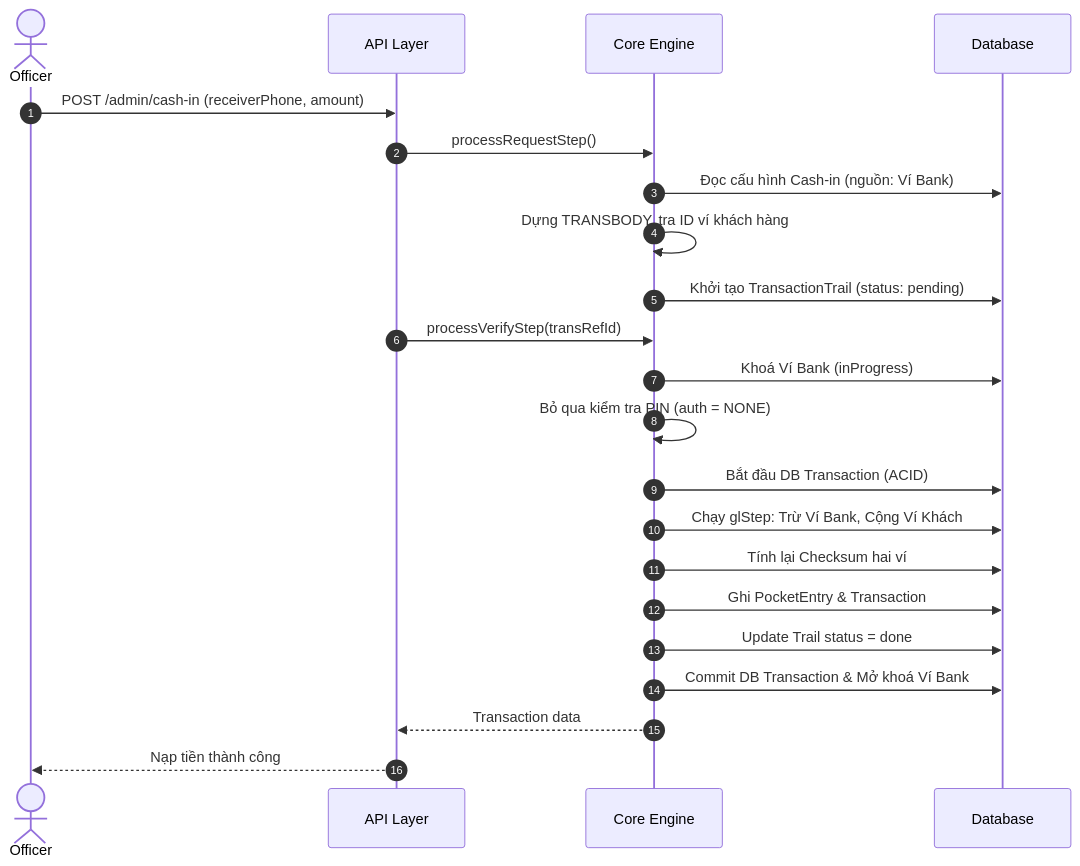
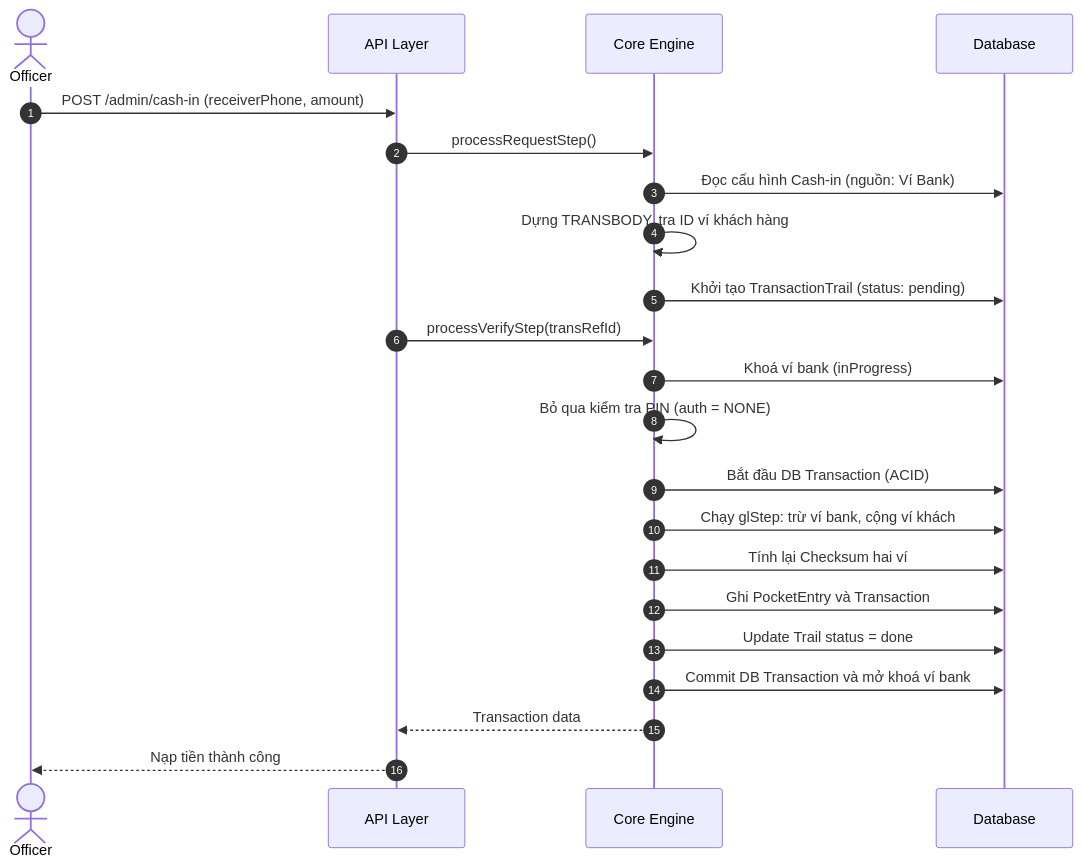
Before and after one commit to DLdevcoder/MINI-WALLET: the second of 3 diagrams in docs/mini-mini-wallet/mini-wallet.md, drawn with Mermaid. The commit also changed other lines of this file and 2 other files, not shown here.

````diff
--- a/docs/mini-mini-wallet/mini-wallet.md
+++ b/docs/mini-mini-wallet/mini-wallet.md
@@ -76,29 +76,29 @@
 ```mermaid
 sequenceDiagram
     autonumber
     actor O as Officer
     participant A as API Layer
     participant E as Core Engine
     participant D as Database
 
     O->>A: POST /admin/cash-in (receiverPhone, amount)
 
     %% REQUEST
     A->>E: processRequestStep()
     E->>D: Đọc cấu hình Cash-in (nguồn: Ví Bank)
     E->>E: Dựng TRANSBODY, tra ID ví khách hàng
     E->>D: Khởi tạo TransactionTrail (status: pending)
 
     %% VERIFY (BỎ QUA CONFIRM)
     A->>E: processVerifyStep(transRefId)
-    E->>D: Khoá Ví Bank (inProgress)
+    E->>D: Khoá ví bank (inProgress)
     E->>E: Bỏ qua kiểm tra PIN (auth = NONE)
     E->>D: Bắt đầu DB Transaction (ACID)
-    E->>D: Chạy glStep: Trừ Ví Bank, Cộng Ví Khách
+    E->>D: Chạy glStep: trừ ví bank, cộng ví khách
     E->>D: Tính lại Checksum hai ví
-    E->>D: Ghi PocketEntry & Transaction
+    E->>D: Ghi PocketEntry và Transaction
     E->>D: Update Trail status = done
-    E->>D: Commit DB Transaction & Mở khoá Ví Bank
+    E->>D: Commit DB Transaction và mở khoá ví bank
     E-->>A: Transaction data
     A-->>O: Nạp tiền thành công
 ```
````
